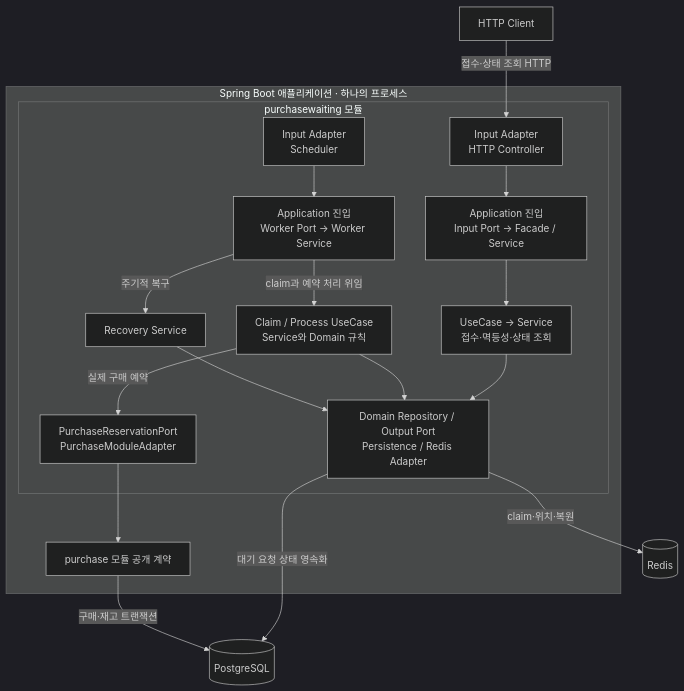
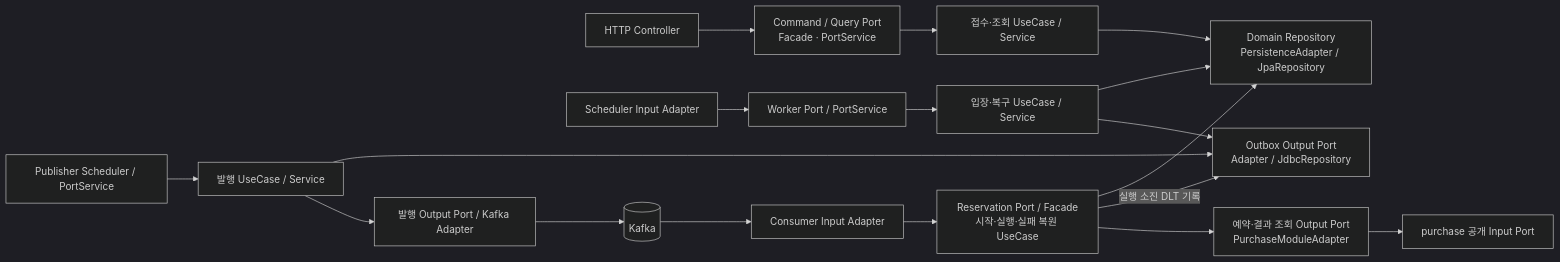
The diagram in docs/architecture/purchase-waiting.md (DevelopHeon/limited-ticketing), drawn with Mermaid (dark theme) before and after one commit. The commit also changed other lines of this file and 118 other files, not shown here.

````diff
--- a/docs/architecture/purchase-waiting.md
+++ b/docs/architecture/purchase-waiting.md
@@ -29,34 +29,20 @@
 ```mermaid
-flowchart TB
-    client["HTTP Client"]
-    subgraph app["Spring Boot 애플리케이션 · 하나의 프로세스"]
-        subgraph waiting["purchasewaiting 모듈"]
-            http["Input Adapter<br/>HTTP Controller"]
-            entry["Application 진입<br/>Input Port → Facade / Service"]
-            command["UseCase → Service<br/>접수·멱등성·상태 조회"]
-            worker["Input Adapter<br/>Scheduler"]
-            workerEntry["Application 진입<br/>Worker Port → Worker Service"]
-            process["Claim / Process UseCase<br/>Service와 Domain 규칙"]
-            recovery["Recovery Service"]
-            adapters["Domain Repository / Output Port<br/>Persistence / Redis Adapter"]
-            http --> entry
-            entry --> command
-            command --> adapters
-            worker --> workerEntry
-            workerEntry -->|"claim과 예약 처리 위임"| process
-            workerEntry -->|"주기적 복구"| recovery
-            process --> adapters
-            recovery --> adapters
-            purchaseAdapter["PurchaseReservationPort<br/>PurchaseModuleAdapter"]
-            process -->|"실제 구매 예약"| purchaseAdapter
-        end
-        purchase["purchase 모듈 공개 계약"]
-        purchaseAdapter --> purchase
-    end
-    client -->|"접수·상태 조회 HTTP"| http
-    db[("PostgreSQL")]
-    redis[("Redis")]
-    adapters -->|"대기 요청 상태 영속화"| db
-    adapters -->|"claim·위치·복원"| redis
-    purchase -->|"구매·재고 트랜잭션"| db
+flowchart LR
+    http["HTTP Controller"] --> api["Command / Query Port<br/>Facade · PortService"]
+    api --> admission["접수·조회 UseCase / Service"]
+    scheduler["Scheduler Input Adapter"] --> worker["Worker Port / PortService"]
+    worker --> dispatch["입장·복구 UseCase / Service"]
+    dispatch --> store["Domain Repository<br/>PersistenceAdapter / JpaRepository"]
+    dispatch --> outbox["Outbox Output Port<br/>Adapter / JdbcRepository"]
+    admission --> store
+    publisher["Publisher Scheduler / PortService"] --> publish["발행 UseCase / Service"]
+    publish --> outbox
+    publish --> kafkaAdapter["발행 Output Port / Kafka Adapter"]
+    kafkaAdapter --> kafka[("Kafka")]
+    kafka --> consumer["Consumer Input Adapter"]
+    consumer --> execution["Reservation Port / Facade<br/>시작·실행·실패 복원 UseCase"]
+    execution --> store
+    execution -->|"실행 소진 DLT 기록"| outbox
+    execution --> purchase["예약·결과 조회 Output Port<br/>PurchaseModuleAdapter"]
+    purchase --> publicApi["purchase 공개 Input Port"]
 ```
````
